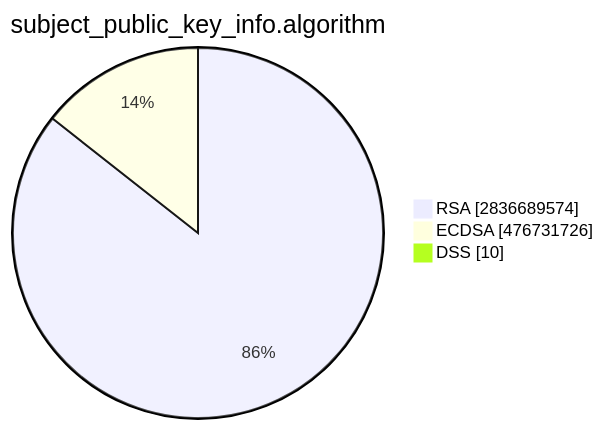
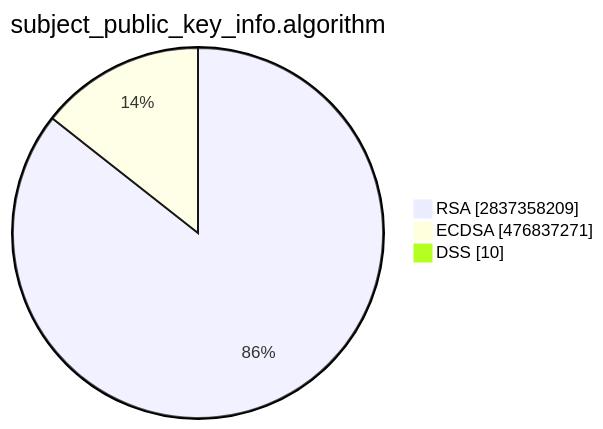
The second of 15 diagrams in TOTAL/README.md (christiankrug/ctmonitor_visualization), drawn with Mermaid before and after one commit. The commit also changed other lines of this file, not shown here.

````diff
--- a/TOTAL/README.md
+++ b/TOTAL/README.md
@@ -6,7 +6,7 @@
 ```mermaid
 pie showData
 title subject_public_key_info.algorithm
-"RSA" :2836689574
-"ECDSA" :476731726
+"RSA" :2837358209
+"ECDSA" :476837271
 "DSS" :10
 ```
````
